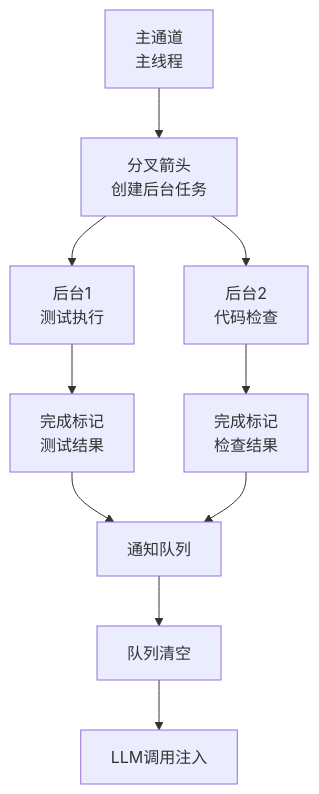
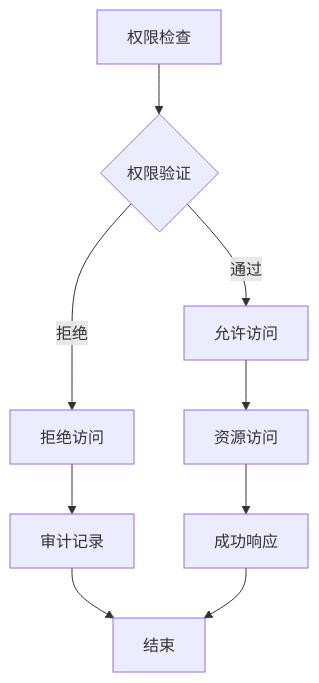
Before and after one commit to haolange/learn-claude-code: the tenth of 15 diagrams in .qoder/repowiki/zh/content/可视化学习平台/可视化学习平台.md, drawn with Mermaid. The commit also changed other lines of this file and 6 other files, not shown here.

````diff
--- a/.qoder/repowiki/zh/content/可视化学习平台/可视化学习平台.md
+++ b/.qoder/repowiki/zh/content/可视化学习平台/可视化学习平台.md
@@ -430,12 +431,11 @@
 ```mermaid
 flowchart TD
-Main["主通道<br/>主线程"] --> Fork["分叉箭头<br/>创建后台任务"]
-Fork --> BG1["后台1<br/>测试执行"]
-Fork --> BG2["后台2<br/>代码检查"]
-BG1 --> Complete1["完成标记<br/>测试结果"]
-BG2 --> Complete2["完成标记<br/>检查结果"]
-Complete1 --> Queue["通知队列"]
-Complete2 --> Queue
-Queue --> Drain["队列清空"]
-Drain --> Inject["LLM调用注入"]
+Check["权限检查"] --> Decision{"权限验证"}
+Decision --> |通过| Allow["允许访问"]
+Decision --> |拒绝| Deny["拒绝访问"]
+Allow --> Resource["资源访问"]
+Deny --> Audit["审计记录"]
+Resource --> Success["成功响应"]
+Audit --> End["结束"]
+Success --> End
 ```
````
